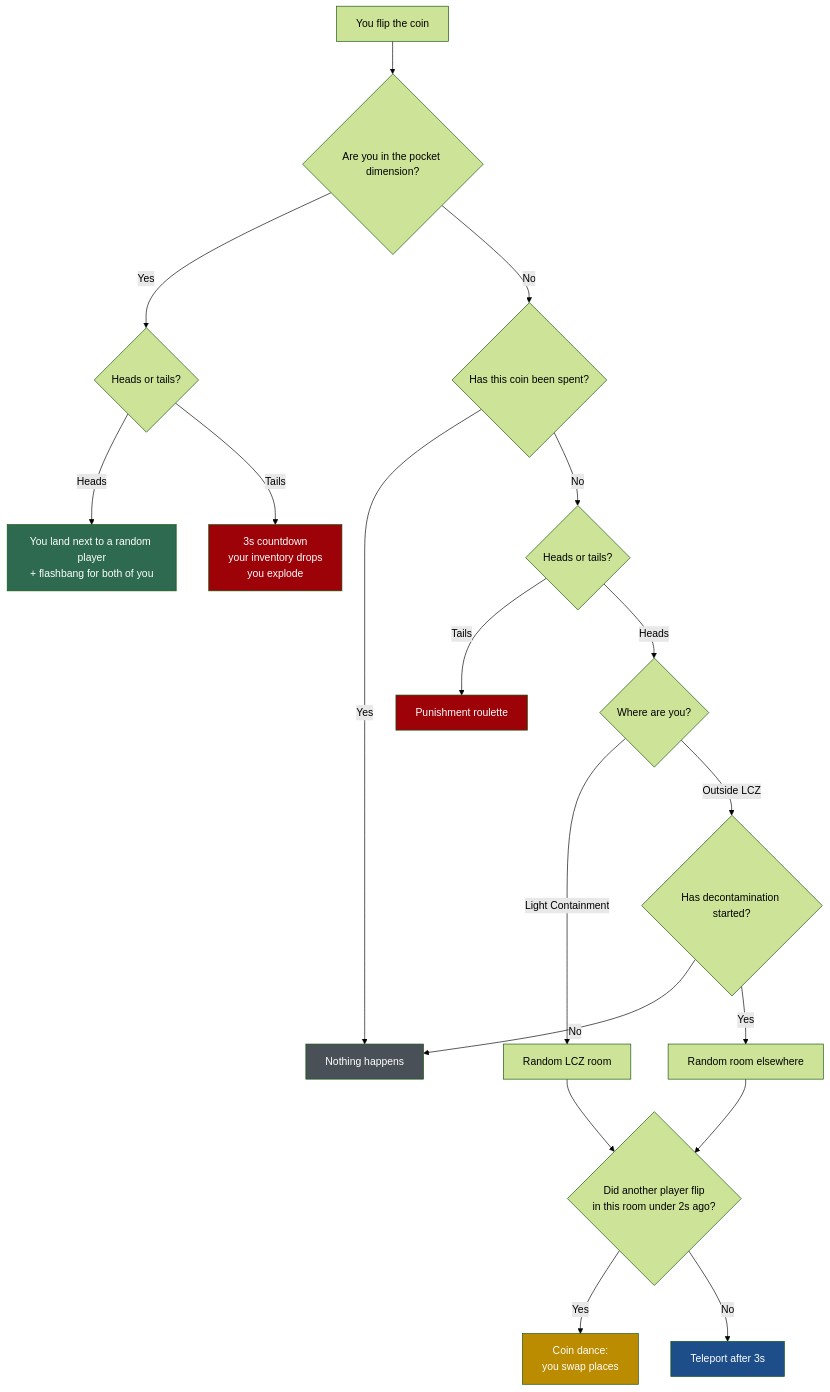
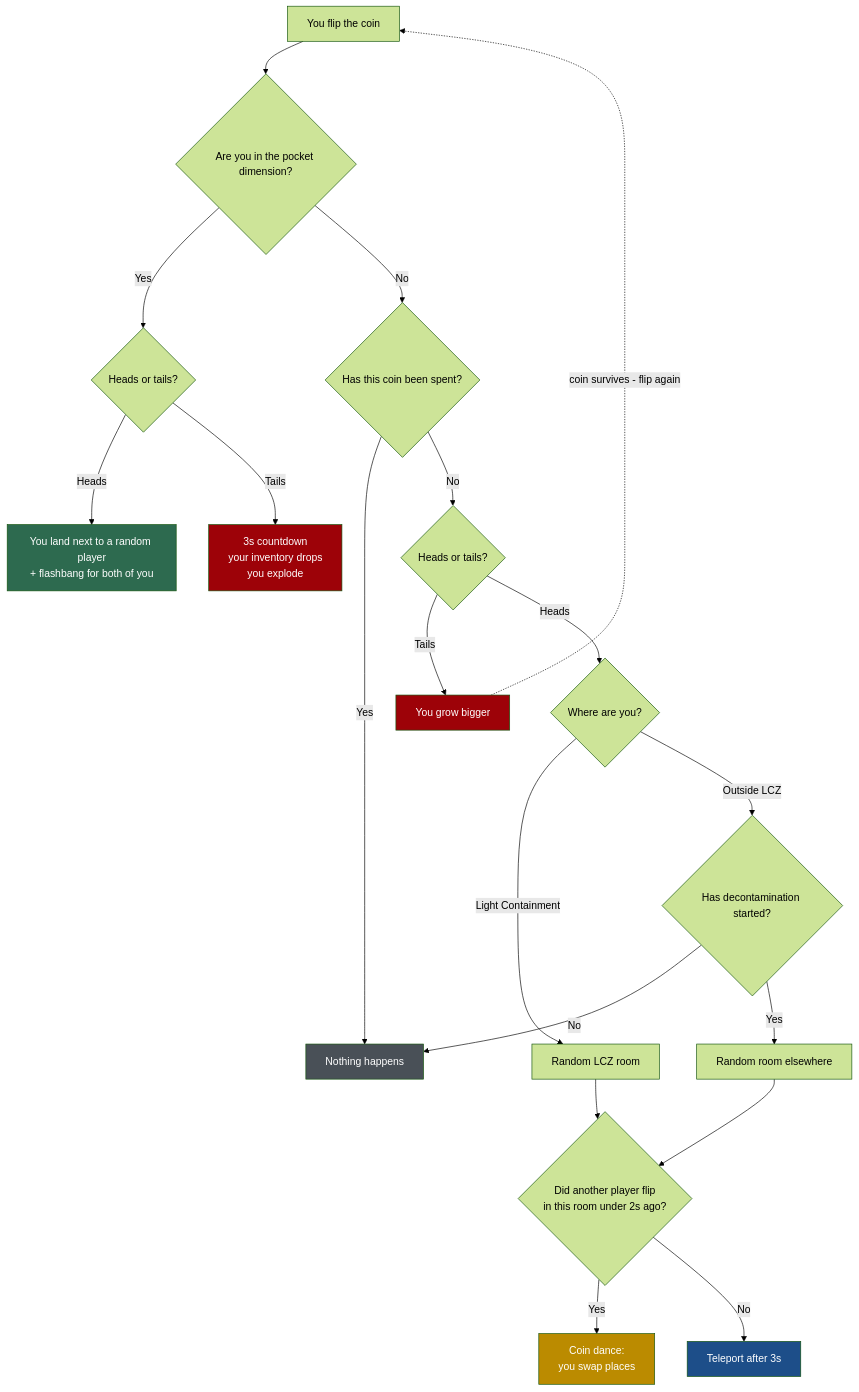
One commit to DortegaRod/MagicCoinSCPSL changed the diagram in README.md. Above: the diagram before and after it, drawn with Mermaid (forest theme). The commit also changed other lines of this file and 3 other files, not shown here.

First line of the commit message:
Make tails grow the player instead of burning the coin

````diff
--- a/README.md
+++ b/README.md
@@ -54,32 +54,33 @@
 ```mermaid
 flowchart TD
     A["You flip the coin"] --> B{"Are you in the pocket dimension?"}
 
     B -->|"Yes"| C{"Heads or tails?"}
     C -->|"Heads"| D["You land next to a random player<br/>+ flashbang for both of you"]
     C -->|"Tails"| E["3s countdown<br/>your inventory drops<br/>you explode"]
 
     B -->|"No"| F{"Has this coin been spent?"}
     F -->|"Yes"| G["Nothing happens"]
     F -->|"No"| H{"Heads or tails?"}
 
-    H -->|"Tails"| I["Punishment roulette"]
+    H -->|"Tails"| I["You grow bigger"]
+    I -.->|"coin survives - flip again"| A
     H -->|"Heads"| J{"Where are you?"}
 
     J -->|"Light Containment"| K["Random LCZ room"]
     J -->|"Outside LCZ"| L{"Has decontamination started?"}
     L -->|"No"| G
     L -->|"Yes"| M["Random room elsewhere"]
 
     K --> N{"Did another player flip<br/>in this room under 2s ago?"}
     M --> N
     N -->|"Yes"| O["Coin dance:<br/>you swap places"]
     N -->|"No"| P["Teleport after 3s"]
 
     style D fill:#2d6a4f,color:#fff
     style E fill:#9d0208,color:#fff
     style I fill:#9d0208,color:#fff
     style O fill:#bb8b00,color:#fff
     style P fill:#1d4e89,color:#fff
     style G fill:#495057,color:#fff
 ```
````
